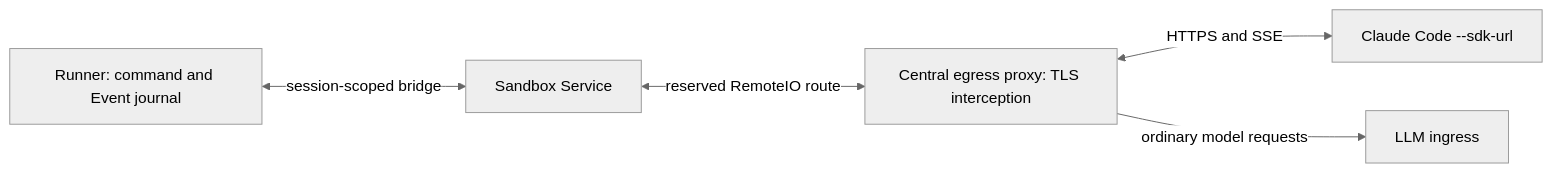
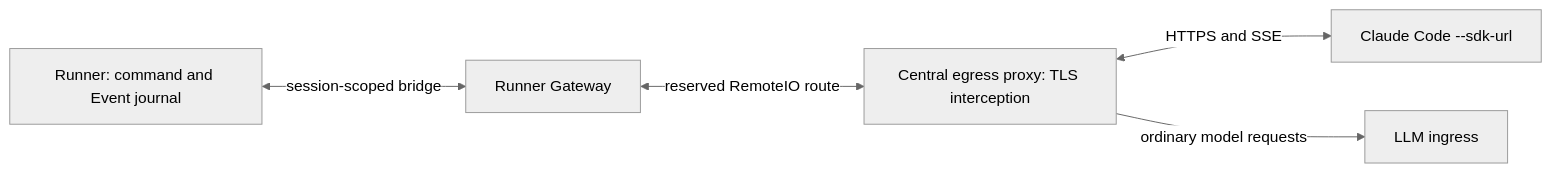
Before and after one commit to agentydragon-agent/ducktape: the diagram in agentplane/plans/claude_remote_io.md, drawn with Mermaid (neutral theme). The commit also changed other lines of this file and 9 other files, not shown here.

````diff
--- a/agentplane/plans/claude_remote_io.md
+++ b/agentplane/plans/claude_remote_io.md
@@ -15,7 +15,7 @@
 ```mermaid
 flowchart LR
-    R[Runner: command and Event journal] <-->|session-scoped bridge| S[Sandbox Service]
+    R[Runner: command and Event journal] <-->|session-scoped bridge| S[Runner Gateway]
     S <-->|reserved RemoteIO route| P[Central egress proxy: TLS interception]
     P <-->|HTTPS and SSE| C[Claude Code --sdk-url]
     P -->|ordinary model requests| L[LLM ingress]
 ```
````
